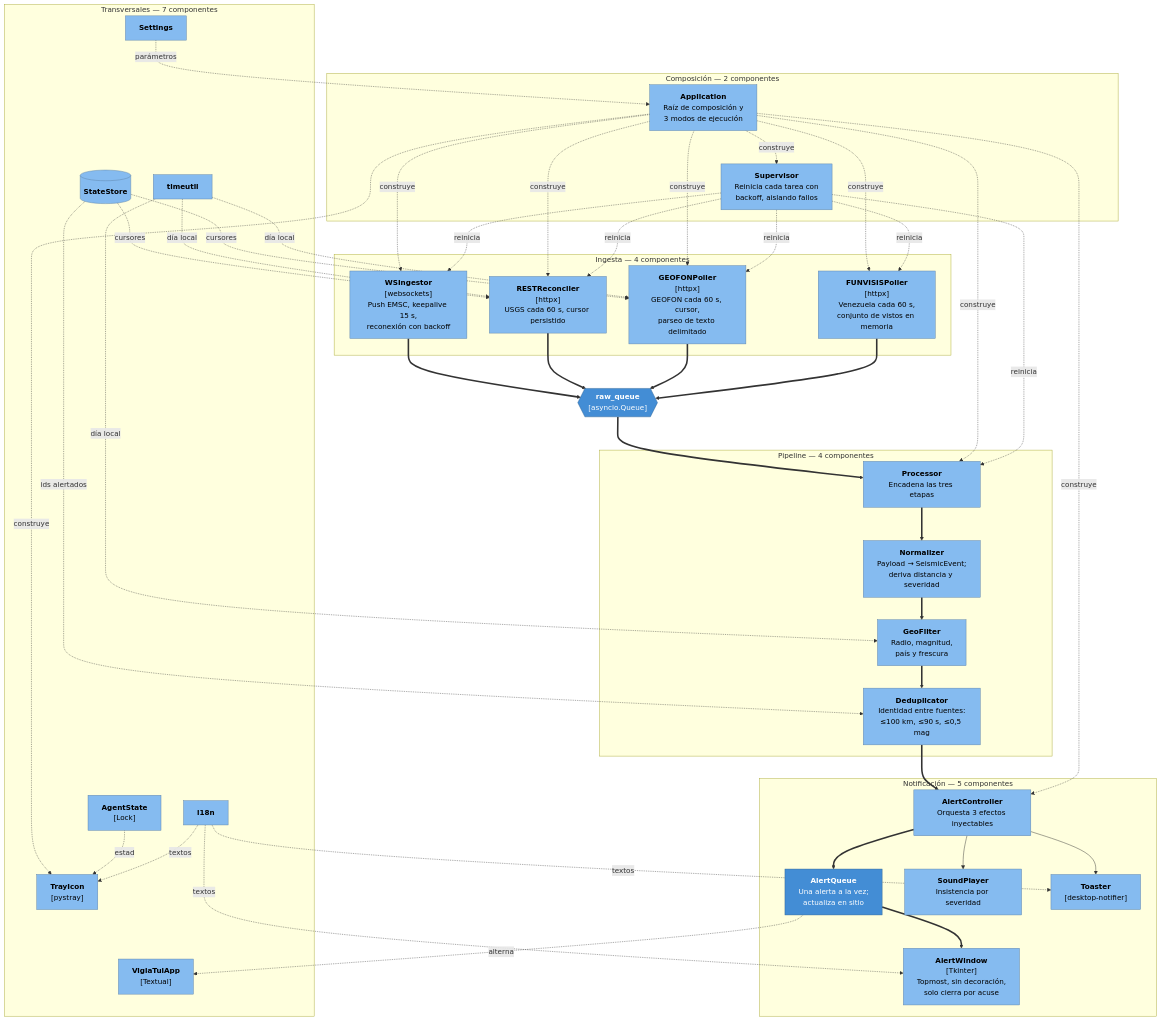
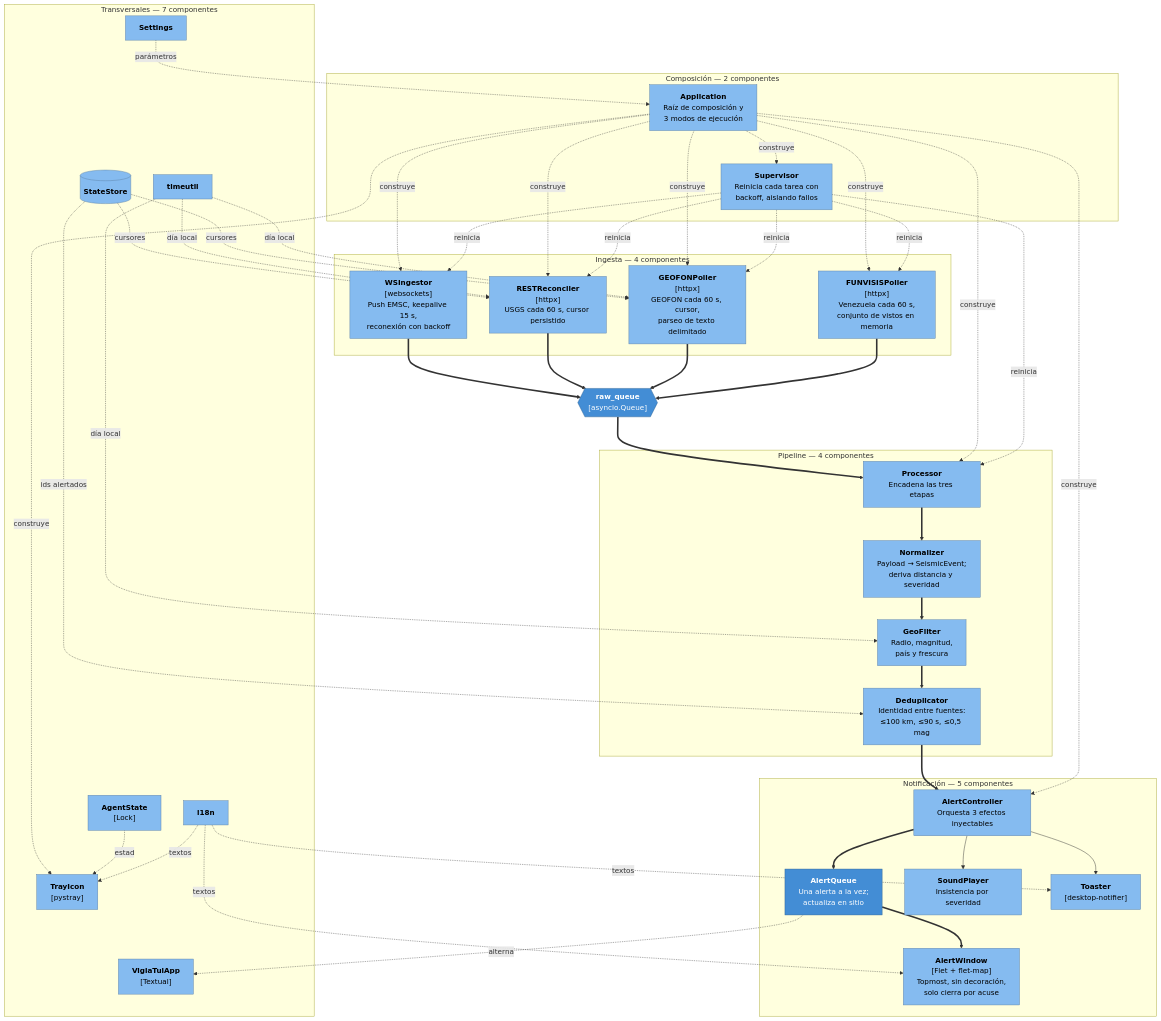
Before and after one commit to ecrespo/vigia-eew: the fourth of 5 diagrams in docs/ARQUITECTURA-C4.md, drawn with Mermaid. The commit also changed other lines of this file and 60 other files, not shown here.

First line of the commit message:
feat: the GUI in Flet, with a map of the epicentre in the alert (ADR-030)

````diff
--- a/docs/ARQUITECTURA-C4.md
+++ b/docs/ARQUITECTURA-C4.md
@@ -170,67 +170,67 @@
 ```mermaid
 flowchart TB
     subgraph ingesta["Ingesta — 4 componentes"]
         ws["<b>WSIngestor</b><br/>[websockets]<br/>Push EMSC, keepalive 15 s,<br/>reconexión con backoff"]
         usgs["<b>RESTReconciler</b><br/>[httpx]<br/>USGS cada 60 s, cursor persistido"]
         geo["<b>GEOFONPoller</b><br/>[httpx]<br/>GEOFON cada 60 s, cursor,<br/>parseo de texto delimitado"]
         fun["<b>FUNVISISPoller</b><br/>[httpx]<br/>Venezuela cada 60 s,<br/>conjunto de vistos en memoria"]
     end
 
     cola{{"<b>raw_queue</b><br/>[asyncio.Queue]"}}
 
     subgraph pipeline["Pipeline — 4 componentes"]
         proc["<b>Processor</b><br/>Encadena las tres etapas"]
         norm["<b>Normalizer</b><br/>Payload → SeismicEvent;<br/>deriva distancia y severidad"]
         filt["<b>GeoFilter</b><br/>Radio, magnitud,<br/>país y frescura"]
         dedup["<b>Deduplicator</b><br/>Identidad entre fuentes:<br/>≤100 km, ≤90 s, ≤0,5 mag"]
     end
 
     subgraph notif["Notificación — 5 componentes"]
         ctrl["<b>AlertController</b><br/>Orquesta 3 efectos inyectables"]
         cola2["<b>AlertQueue</b><br/>Una alerta a la vez;<br/>actualiza en sitio"]
-        win["<b>AlertWindow</b><br/>[Tkinter]<br/>Topmost, sin decoración,<br/>solo cierra por acuse"]
+        win["<b>AlertWindow</b><br/>[Flet + flet-map]<br/>Topmost, sin decoración,<br/>solo cierra por acuse"]
         snd["<b>SoundPlayer</b><br/>Insistencia por severidad"]
         toast["<b>Toaster</b><br/>[desktop-notifier]"]
     end
 
     subgraph compo["Composición — 2 componentes"]
         app["<b>Application</b><br/>Raíz de composición y<br/>3 modos de ejecución"]
         sup["<b>Supervisor</b><br/>Reinicia cada tarea con<br/>backoff, aislando fallos"]
     end
 
     subgraph trans["Transversales — 7 componentes"]
         st[("<b>StateStore</b>")]
         cfg["<b>Settings</b>"]
         tui["<b>VigiaTuiApp</b><br/>[Textual]"]
         tray["<b>TrayIcon</b><br/>[pystray]"]
         agst["<b>AgentState</b><br/>[Lock]"]
         tu["<b>timeutil</b>"]
         i18n["<b>i18n</b>"]
     end
 
     ws ==> cola
     usgs ==> cola
     geo ==> cola
     fun ==> cola
     cola ==> proc
     proc ==> norm ==> filt ==> dedup
     dedup ==> ctrl
     ctrl ==> cola2 ==> win
     ctrl --> snd
     ctrl --> toast
     cola2 -.alterna.-> tui
 
     app -.construye.-> ws & usgs & geo & fun & proc & ctrl & tray & sup
     sup -.reinicia.-> ws & usgs & geo & fun & proc
     st -.cursores.-> usgs & geo
     st -.ids alertados.-> dedup
     cfg -.parámetros.-> app
     tu -.día local.-> filt & usgs & geo
     agst -.estado.-> tray
     i18n -.textos.-> win & toast & tray
 
     classDef comp fill:#85bbf0,stroke:#5d82a8,color:#000
     classDef nucleo fill:#438dd5,stroke:#2e6295,color:#fff
     class ws,usgs,geo,fun,proc,norm,filt,dedup,ctrl,cola2,win,snd,toast,app,sup,st,cfg,tui,tray,agst,tu,i18n comp
     class cola,cola2 nucleo
 ```
````
